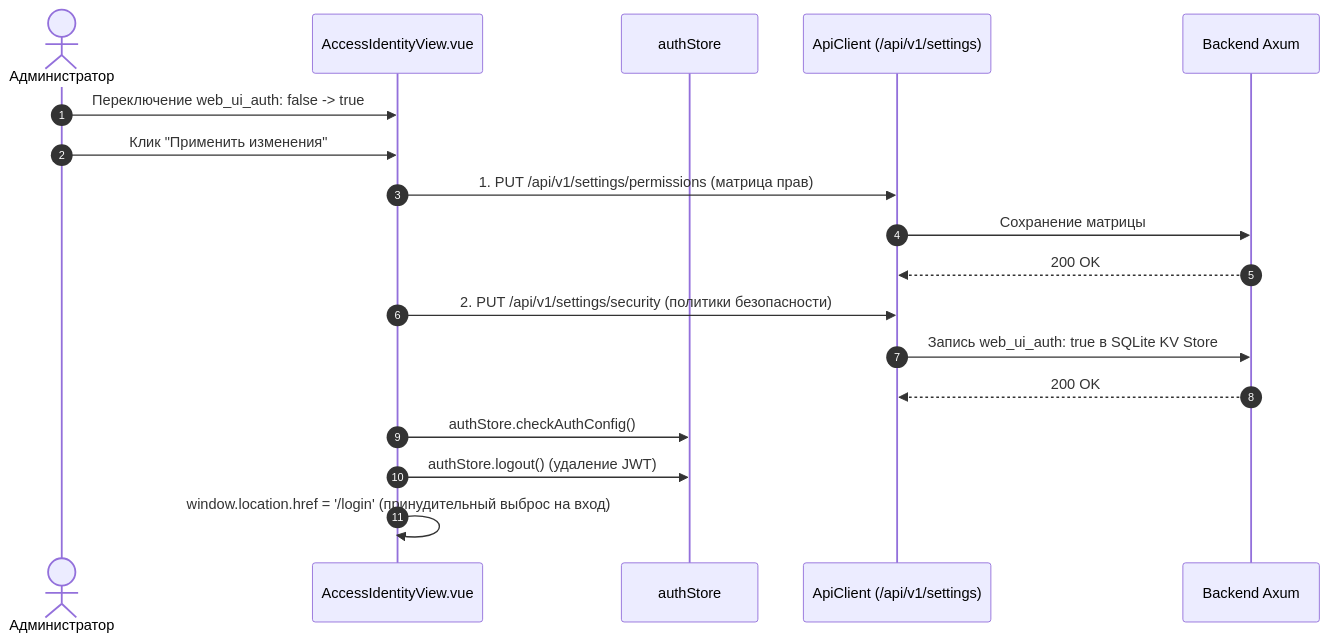
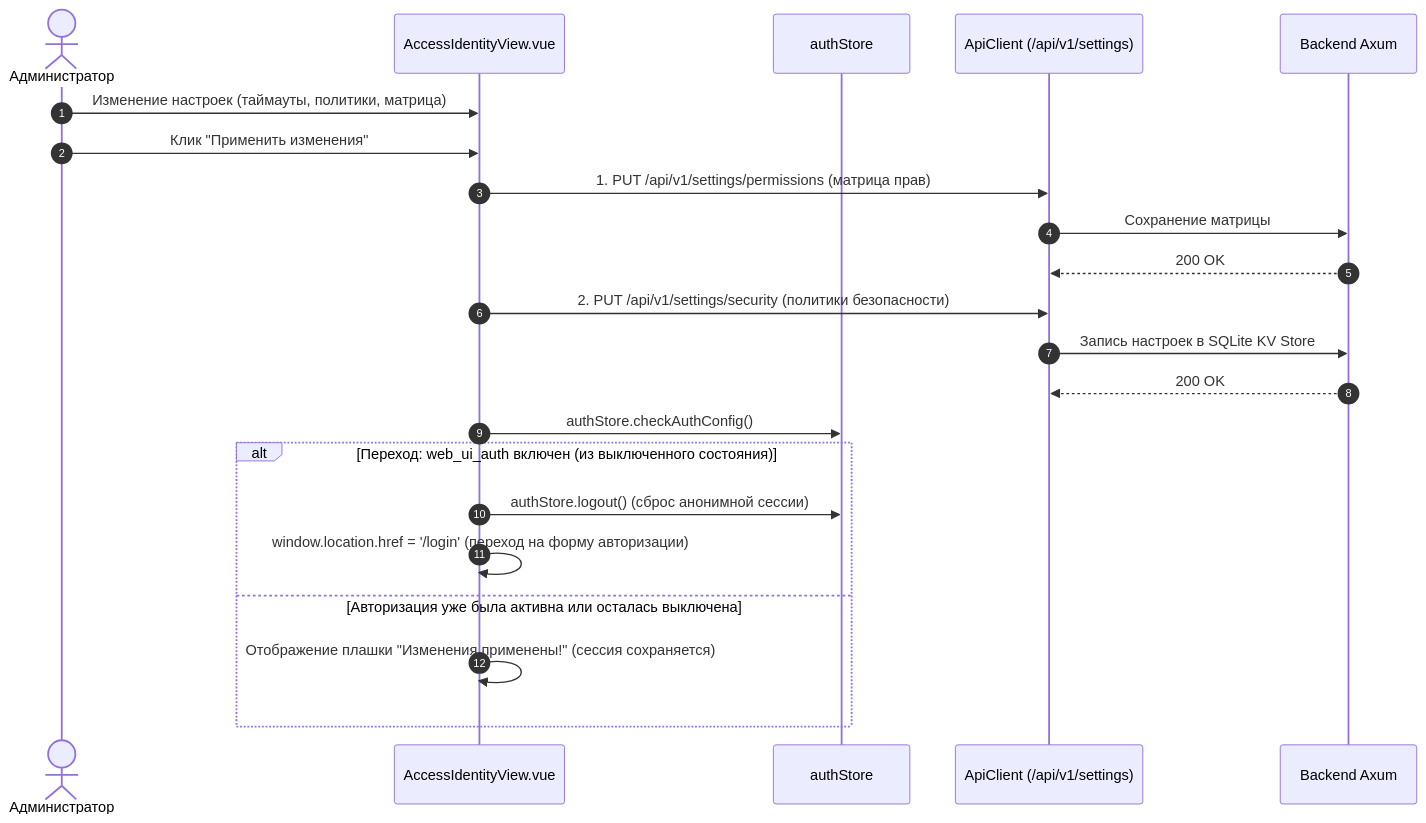
Before and after one commit to Apofixc/AetherCore: the fourth of 4 diagrams in docs/architecture/FrontendArchitecture.md, drawn with Mermaid. The commit also changed other lines of this file and 1 other file, not shown here.

Commit message:
fix: restrict forced logout on security policy updates to only when enabling authentication and update architecture documentation

````diff
--- a/docs/architecture/FrontendArchitecture.md
+++ b/docs/architecture/FrontendArchitecture.md
@@ -114,25 +114,30 @@
 ```mermaid
 sequenceDiagram
     autonumber
     actor Admin as Администратор
     participant View as AccessIdentityView.vue
     participant Store as authStore
     participant API as ApiClient (/api/v1/settings)
     participant Core as Backend Axum
 
-    Admin->>View: Переключение web_ui_auth: false -> true
+    Admin->>View: Изменение настроек (таймауты, политики, матрица)
     Admin->>View: Клик "Применить изменения"
     
     %% Последовательное сохранение для избежания race condition
     View->>API: 1. PUT /api/v1/settings/permissions (матрица прав)
     API->>Core: Сохранение матрицы
     Core-->>API: 200 OK
     
     View->>API: 2. PUT /api/v1/settings/security (политики безопасности)
-    API->>Core: Запись web_ui_auth: true в SQLite KV Store
+    API->>Core: Запись настроек в SQLite KV Store
     Core-->>API: 200 OK
     
     View->>Store: authStore.checkAuthConfig()
-    View->>Store: authStore.logout() (удаление JWT)
-    View->>View: window.location.href = '/login' (принудительный выброс на вход)
+    
+    alt Переход: web_ui_auth включен (из выключенного состояния)
+        View->>Store: authStore.logout() (сброс анонимной сессии)
+        View->>View: window.location.href = '/login' (переход на форму авторизации)
+    else Авторизация уже была активна или осталась выключена
+        View->>View: Отображение плашки "Изменения применены!" (сессия сохраняется)
+    end
 ```
````
